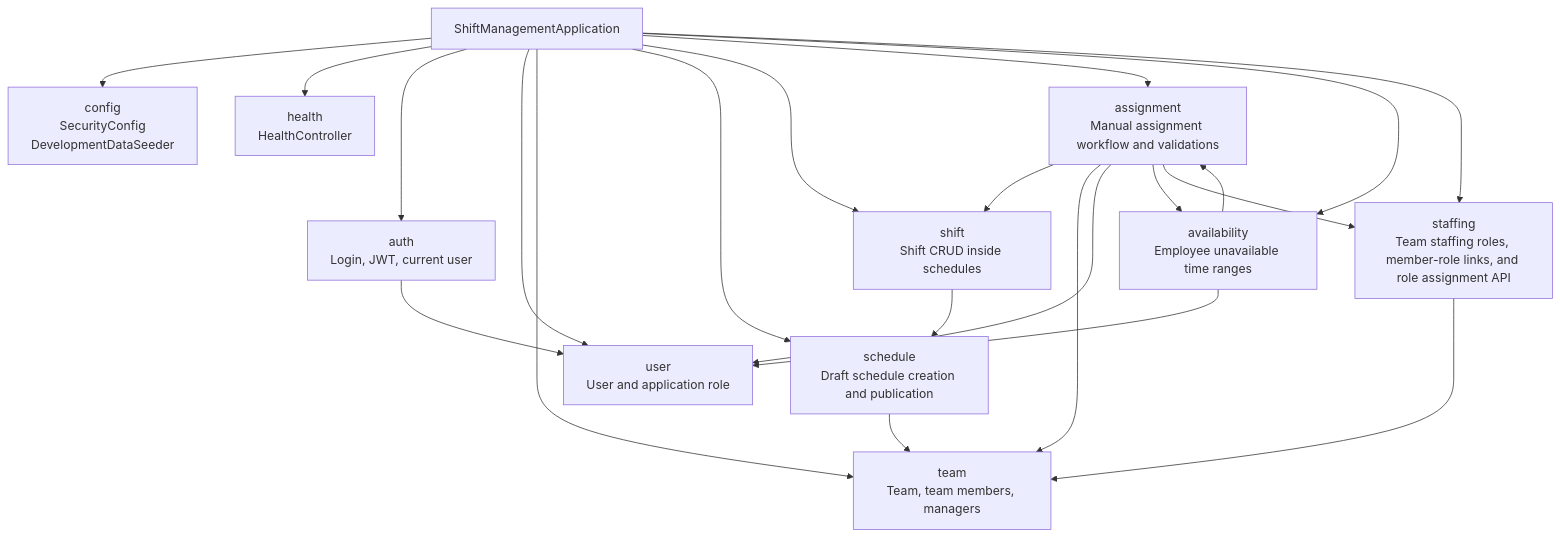
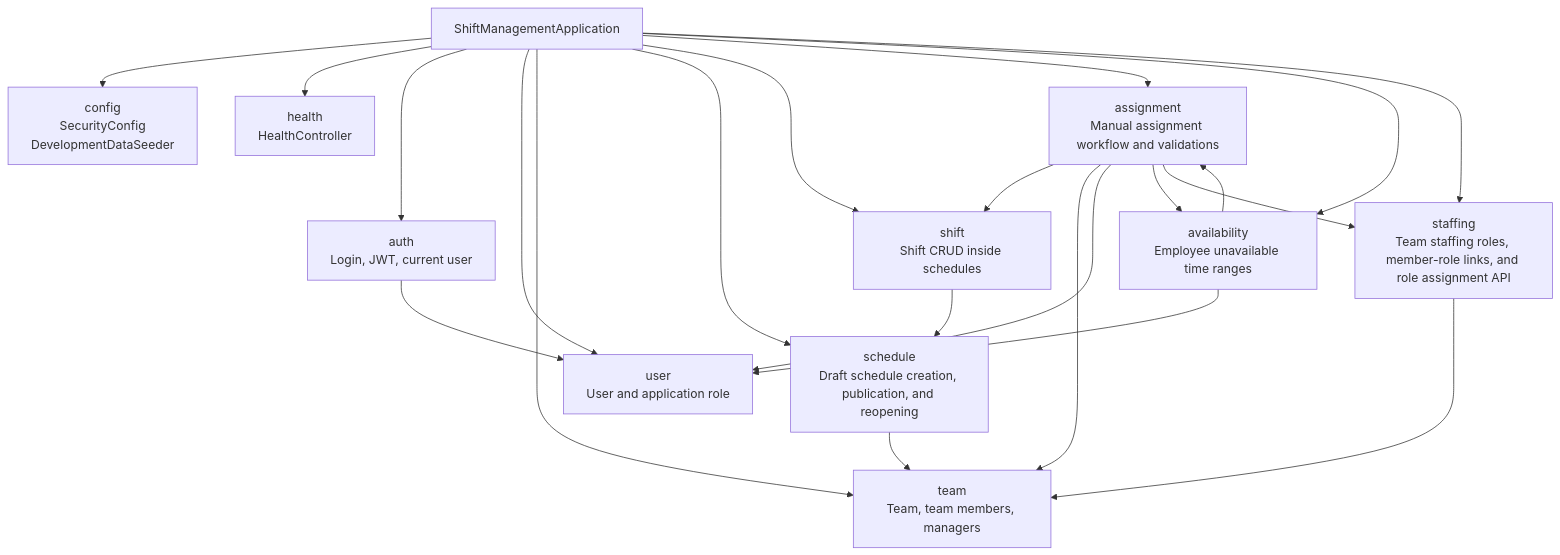
Before and after one commit to HiliMor/shift-management-system: the second of 11 diagrams in docs/current-backend-architecture.md, drawn with Mermaid. The commit also changed other lines of this file and 8 other files, not shown here.

````diff
--- a/docs/current-backend-architecture.md
+++ b/docs/current-backend-architecture.md
@@ -30,38 +30,38 @@
 ```mermaid
 flowchart TD
     app["ShiftManagementApplication"]
 
     config["config<br/>SecurityConfig<br/>DevelopmentDataSeeder"]
     health["health<br/>HealthController"]
     auth["auth<br/>Login, JWT, current user"]
     user["user<br/>User and application role"]
     team["team<br/>Team, team members, managers"]
-    schedule["schedule<br/>Draft schedule creation and publication"]
+    schedule["schedule<br/>Draft schedule creation, publication, and reopening"]
     shift["shift<br/>Shift CRUD inside schedules"]
     assignment["assignment<br/>Manual assignment workflow and validations"]
     availability["availability<br/>Employee unavailable time ranges"]
     staffing["staffing<br/>Team staffing roles, member-role links, and role assignment API"]
 
     app --> config
     app --> health
     app --> auth
     app --> user
     app --> team
     app --> schedule
     app --> shift
     app --> assignment
     app --> availability
     app --> staffing
 
     auth --> user
     schedule --> team
     shift --> schedule
     assignment --> shift
     assignment --> team
     assignment --> user
     assignment --> availability
     assignment --> staffing
     availability --> user
     availability --> assignment
     staffing --> team
 ```
````
